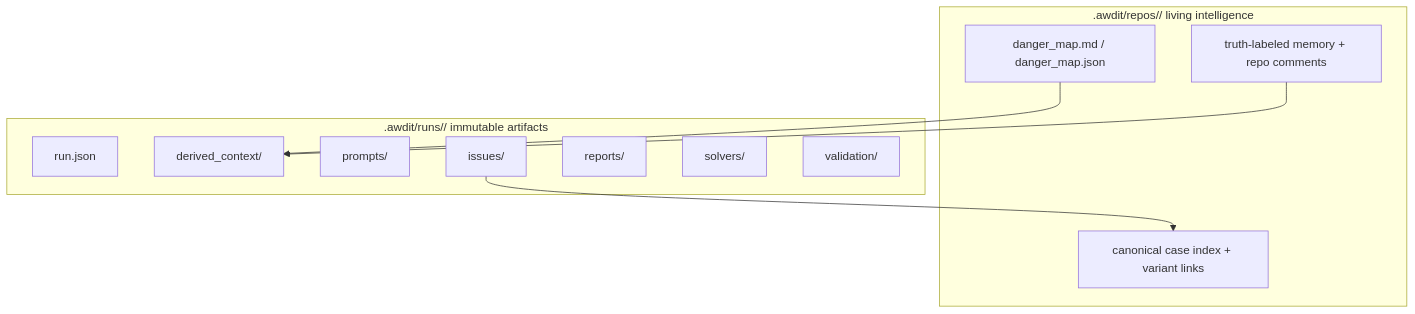
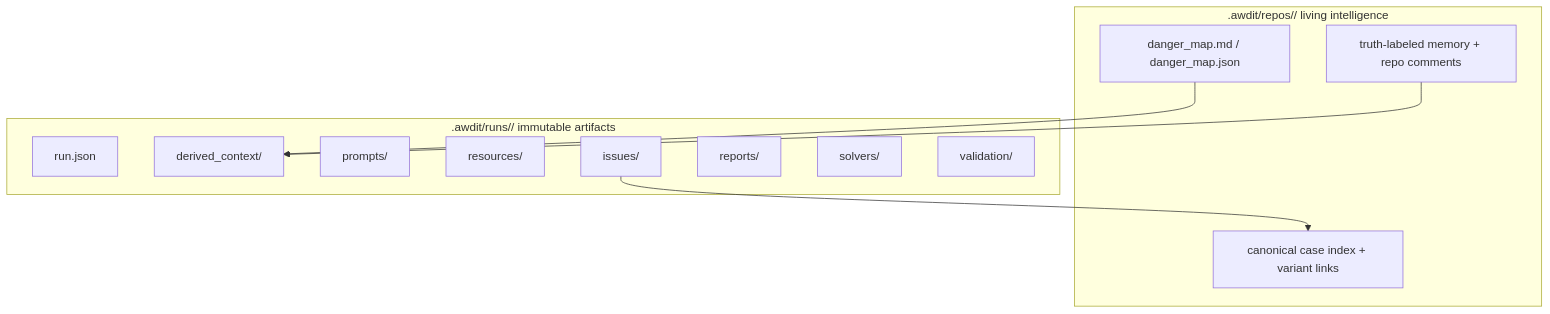
The third of 3 diagrams in docs/architecture.md (danflo27/awdit), drawn with Mermaid before and after one commit. The commit also changed other lines of this file and 18 other files, not shown here.

Commit message:
flesh out architecture

````diff
--- a/docs/architecture.md
+++ b/docs/architecture.md
@@ -320,22 +335,23 @@
 ```mermaid
 flowchart TB
     subgraph Repo[".awdit/repos/<repo_key>/ living intelligence"]
         DM["danger_map.md / danger_map.json"]
         RM["truth-labeled memory + repo comments"]
         CI["canonical case index + variant links"]
     end
 
     subgraph Run[".awdit/runs/<run_id>/ immutable artifacts"]
         RJ["run.json"]
         DG["derived_context/"]
         PR["prompts/"]
+        RE["resources/"]
         IS["issues/"]
         RP["reports/"]
         SV["solvers/"]
         VA["validation/"]
     end
 
     DM --> DG
     RM --> DG
     IS --> CI
 ```
````
